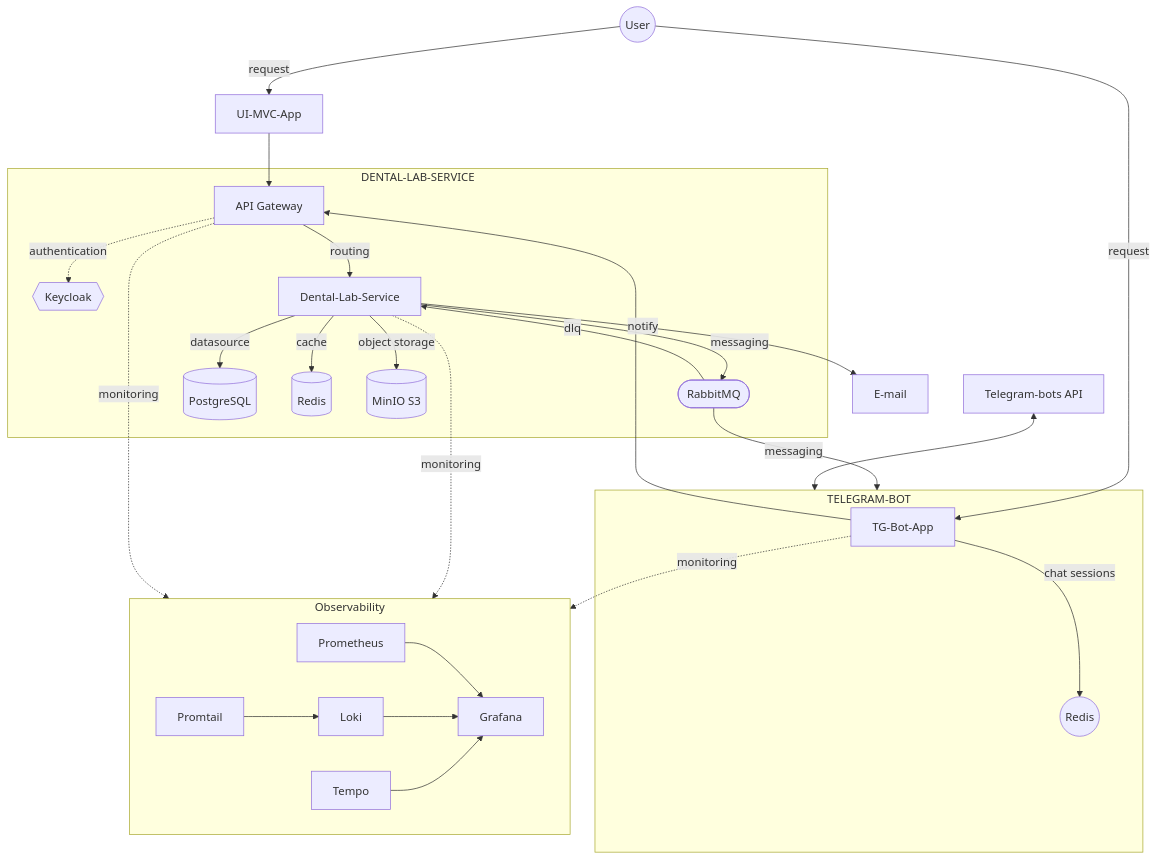
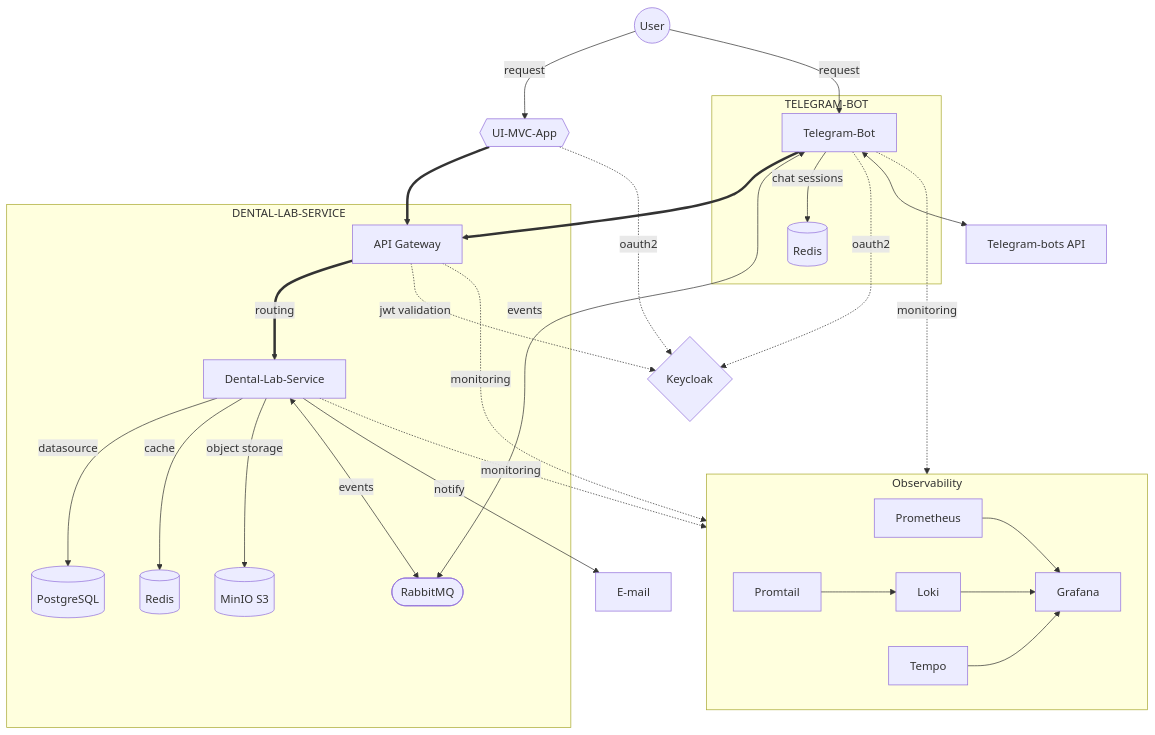
One commit to Stas-Kuprienko/dental-lab-service changed the diagram in docs/diagram.md. Above: the diagram before and after it, drawn with Mermaid. The commit also changed 2 other files, not shown here.

````diff
--- a/docs/diagram.md
+++ b/docs/diagram.md
@@ -1,39 +1,41 @@
 ```mermaid
 flowchart TD
-    
-    USER((User)) --> |request| UI[UI-MVC-App]
-    USER --> |request| TG[TG-Bot-App]
-    
-    UI --> API[API Gateway]
 
     subgraph DENTAL-LAB-SERVICE
-        API -.-> |authentication| KC{{Keycloak}}
-        API --> |routing| DLS[Dental-Lab-Service]
-        DLS --> |messaging| RMQ([RabbitMQ])
-        RMQ --> |dlq| DLS
+        API[API Gateway] ==> |routing| DLS[Dental-Lab-Service]
         DLS --> |datasource| PG[(PostgreSQL)]
         DLS --> |cache| RDS[(Redis)]
         DLS --> |object storage| S3[(MinIO S3)]
+        DLS <--> |events| RMQ([RabbitMQ])
     end
-    
-    DLS --> |notify| EMAIL[E-mail]
 
     subgraph TELEGRAM-BOT
-        TG --> API
-        TG --> |chat sessions| RDS2((Redis))
+        TG[Telegram-Bot] ==> API
+        TG <--> |events| RMQ
+        TG --> |chat sessions| RDS2[(Redis)]
     end
 
-    RMQ --> |messaging| TELEGRAM-BOT
-    TG-API[Telegram-bots API] <--> TELEGRAM-BOT
+    USER((User)) --> |request| UI{{UI-MVC-App}}
+    USER --> |request| TG
+
+    UI ==> API
+
+    API -.-> |jwt validation| KC{Keycloak}
+    UI -.-> |oauth2| KC
+    TG -.-> |oauth2| KC
+ 
+    DLS --> |notify| EMAIL[E-mail]
 
     DLS -.-> |monitoring| Observability
     API -.-> |monitoring| Observability
     TG -.-> |monitoring| Observability
+    
+    TG <--> TG-API[Telegram-bots API]
 
     subgraph Observability
         PROM[Prometheus] --> GR[Grafana]
         LOKI[Loki] --> GR
         PMT[Promtail] --> LOKI
         TEMPO[Tempo] --> GR
     end
 ```
````
